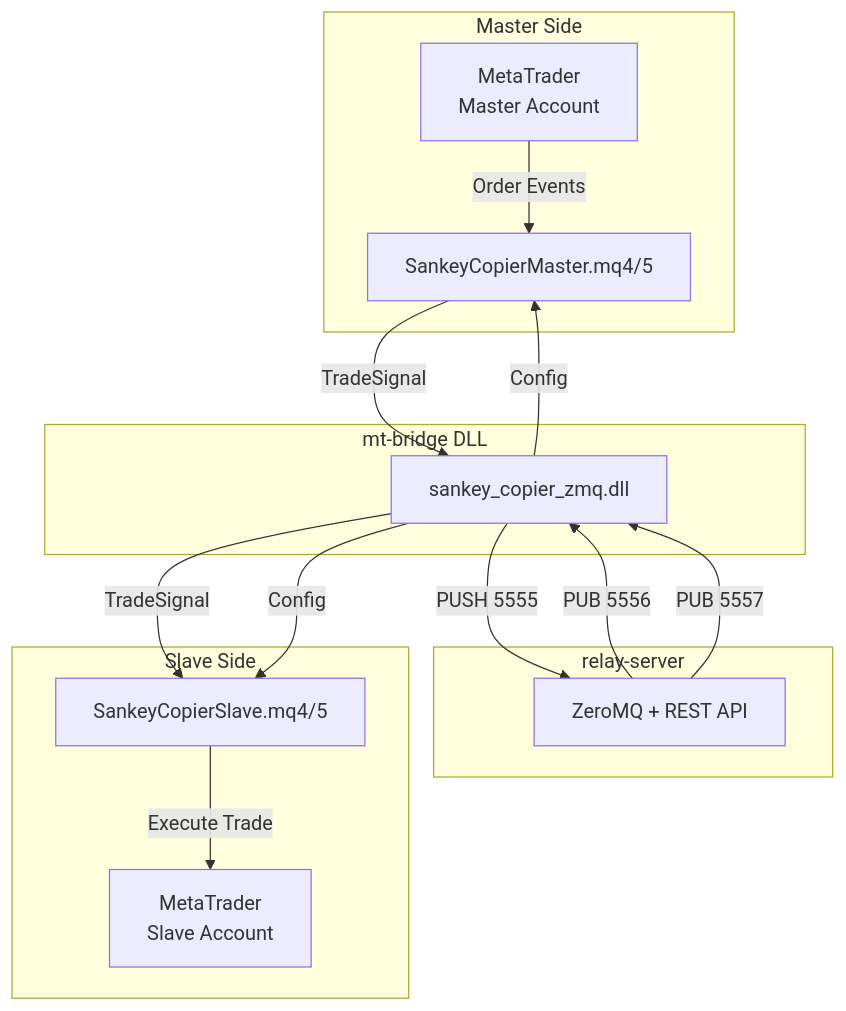
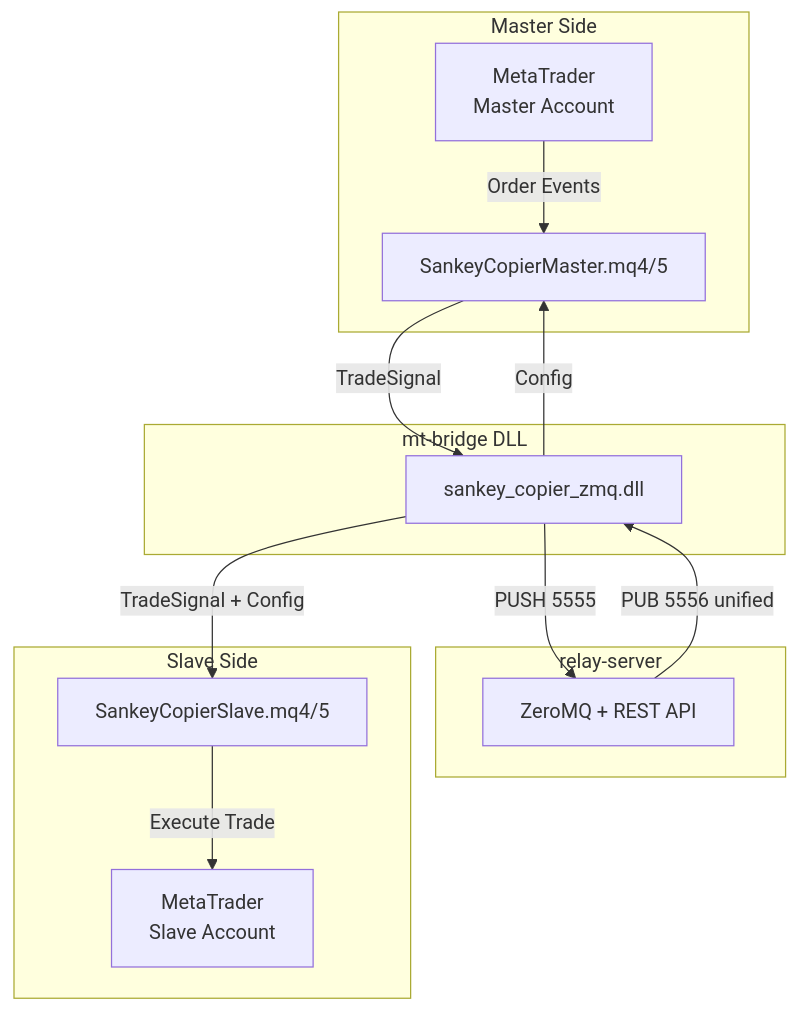
One commit to poruru210/sankey-copier changed the first of 7 diagrams in docs/mt-advisors.md. Above: the diagram before and after it, drawn with Mermaid. The commit also changed other lines of this file and 35 other files, not shown here.

````diff
--- a/docs/mt-advisors.md
+++ b/docs/mt-advisors.md
@@ -21,31 +21,29 @@
 ```mermaid
 graph TB
     subgraph "Master Side"
         MT_M[MetaTrader<br/>Master Account]
         MEA[SankeyCopierMaster.mq4/5]
     end
 
     subgraph "mt-bridge DLL"
         DLL[sankey_copier_zmq.dll]
     end
 
     subgraph "relay-server"
         RS[ZeroMQ + REST API]
     end
 
     subgraph "Slave Side"
         SEA[SankeyCopierSlave.mq4/5]
         MT_S[MetaTrader<br/>Slave Account]
     end
 
     MT_M -->|Order Events| MEA
     MEA -->|TradeSignal| DLL
     DLL -->|PUSH 5555| RS
-    RS -->|PUB 5556| DLL
-    DLL -->|TradeSignal| SEA
+    RS -->|PUB 5556 unified| DLL
+    DLL -->|TradeSignal + Config| SEA
     SEA -->|Execute Trade| MT_S
 
-    RS -->|PUB 5557| DLL
     DLL -->|Config| MEA
-    DLL -->|Config| SEA
 ```
````
